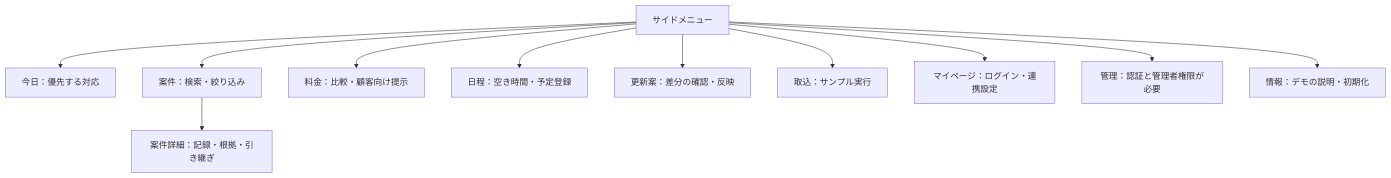
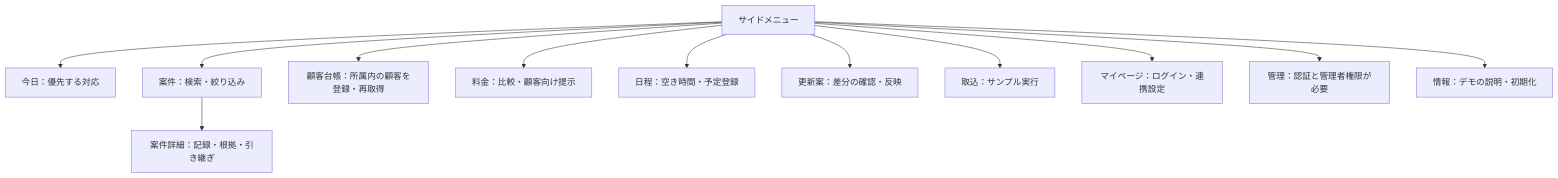
Before and after one commit to bright-broom/Relay: the second of 7 diagrams in README.md, drawn with Mermaid. The commit also changed other lines of this file and 27 other files, not shown here.

````diff
--- a/README.md
+++ b/README.md
@@ -31,14 +31,15 @@
 ```mermaid
 flowchart TB
     nav["サイドメニュー"]
     nav --> today["今日：優先する対応"]
     nav --> cases["案件：検索・絞り込み"]
+    nav --> customers["顧客台帳：所属内の顧客を登録・再取得"]
     cases --> detail["案件詳細：記録・根拠・引き継ぎ"]
     nav --> pricing["料金：比較・顧客向け提示"]
     nav --> schedule["日程：空き時間・予定登録"]
     nav --> reviews["更新案：差分の確認・反映"]
     nav --> imports["取込：サンプル実行"]
     nav --> mypage["マイページ：ログイン・連携設定"]
     nav --> admin["管理：認証と管理者権限が必要"]
     nav --> info["情報：デモの説明・初期化"]
 ```
````
